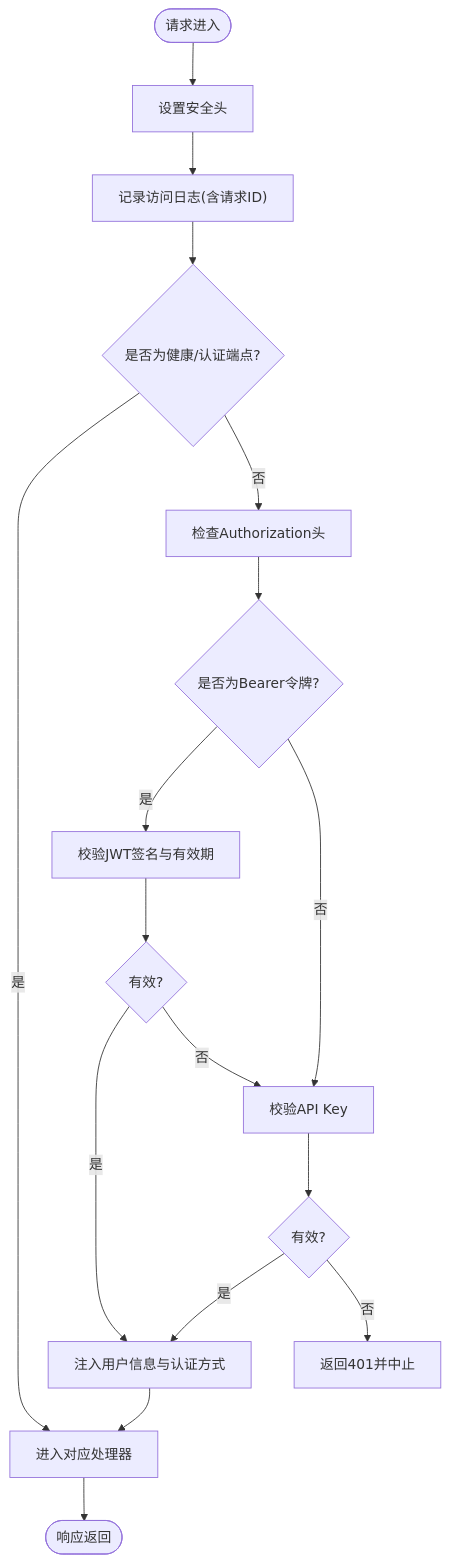
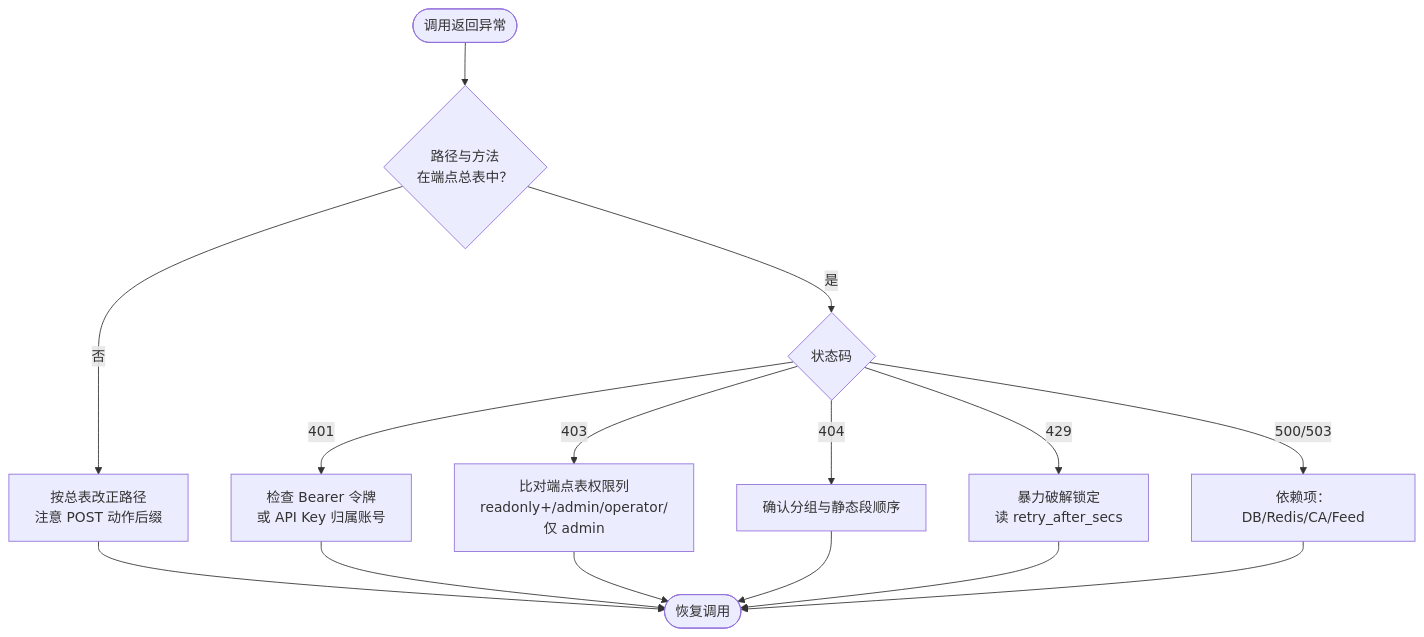
The fourth of 4 diagrams in docs/管理 API 系统/REST API 设计规范/API 端点参考.md (x01n/My-OpenWaf), drawn with Mermaid before and after one commit. The commit also changed other lines of this file and 622 other files, not shown here.

````diff
--- a/docs/管理 API 系统/REST API 设计规范/API 端点参考.md
+++ b/docs/管理 API 系统/REST API 设计规范/API 端点参考.md
@@ -145,19 +620,17 @@
 ```mermaid
 flowchart TD
-Start(["请求进入"]) --> SecHdr["设置安全头"]
-SecHdr --> AccessLog["记录访问日志(含请求ID)"]
-AccessLog --> AuthChk{"是否为健康/认证端点?"}
-AuthChk --> |是| Route["进入对应处理器"]
-AuthChk --> |否| AuthHdr["检查Authorization头"]
-AuthHdr --> HasBearer{"是否为Bearer令牌?"}
-HasBearer --> |是| VerifyJWT["校验JWT签名与有效期"]
-VerifyJWT --> JWTOK{"有效?"}
-JWTOK --> |是| Inject["注入用户信息与认证方式"]
-JWTOK --> |否| APIKey["校验API Key"]
-HasBearer --> |否| APIKey
-APIKey --> KeyOK{"有效?"}
-KeyOK --> |是| Inject
-KeyOK --> |否| Abort["返回401并中止"]
-Inject --> Route
-Route --> End(["响应返回"])
+Start(["调用返回异常"]) --> Exist{"路径与方法<br/>在端点总表中？"}
+Exist --> |否| FixPath["按总表改正路径<br/>注意 POST 动作后缀"]
+Exist --> |是| Code{"状态码"}
+Code --> |401| AuthChk["检查 Bearer 令牌<br/>或 API Key 归属账号"]
+Code --> |403| RoleChk["比对端点表权限列<br/>readonly+/admin/operator/仅 admin"]
+Code --> |404| RouteChk["确认分组与静态段顺序"]
+Code --> |429| LockChk["暴力破解锁定<br/>读 retry_after_secs"]
+Code --> |500/503| DepChk["依赖项：DB/Redis/CA/Feed"]
+AuthChk --> End(["恢复调用"])
+RoleChk --> End
+FixPath --> End
+RouteChk --> End
+LockChk --> End
+DepChk --> End
 ```
````
